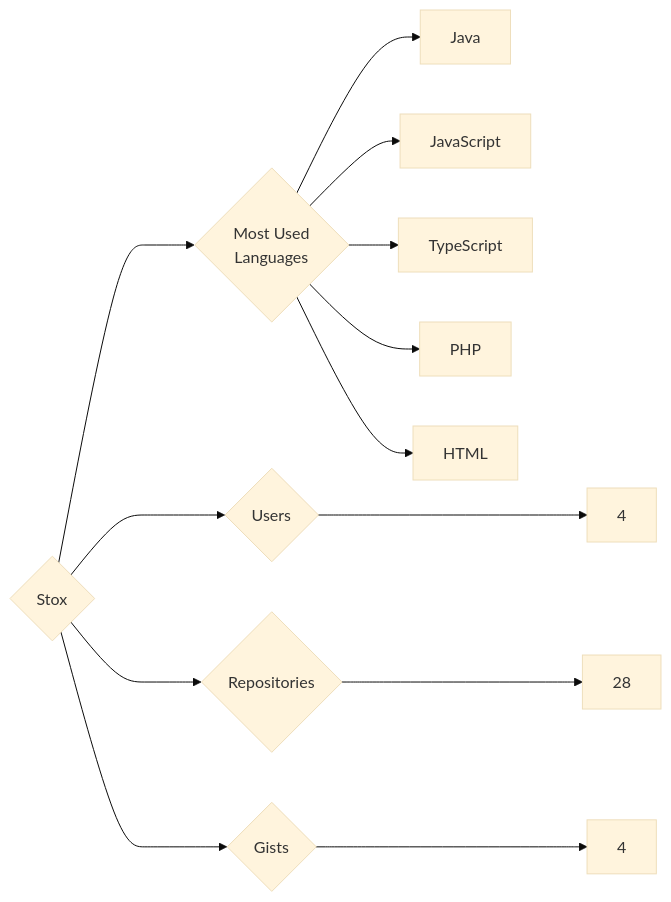
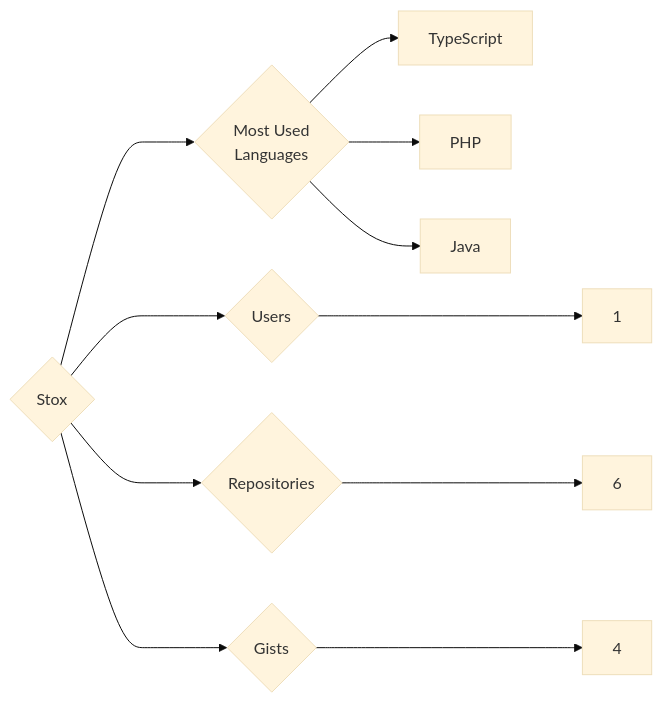
Before and after one commit to trickest/insiders: the diagram in targets/Stox/README.md, drawn with Mermaid (base theme). The commit also changed 1011 other files, not shown here.

````diff
--- a/targets/Stox/README.md
+++ b/targets/Stox/README.md
@@ -3,13 +3,11 @@
 ```mermaid
 graph LR
 COMPANY_NAME{Stox}
-COMPANY_NAME ---> U{Users} ---> UN[4]
-COMPANY_NAME ---> R{Repositories} ---> RN[28]
+COMPANY_NAME ---> U{Users} ---> UN[1]
+COMPANY_NAME ---> R{Repositories} ---> RN[6]
 COMPANY_NAME ---> G{Gists} ---> GN[4]
 COMPANY_NAME ---> ML{Most Used<br>Languages}
-ML --> Java[Java]
-ML --> JavaScript[JavaScript]
 ML --> TypeScript[TypeScript]
 ML --> PHP[PHP]
-ML --> HTML[HTML]
+ML --> Java[Java]
 ```
````
